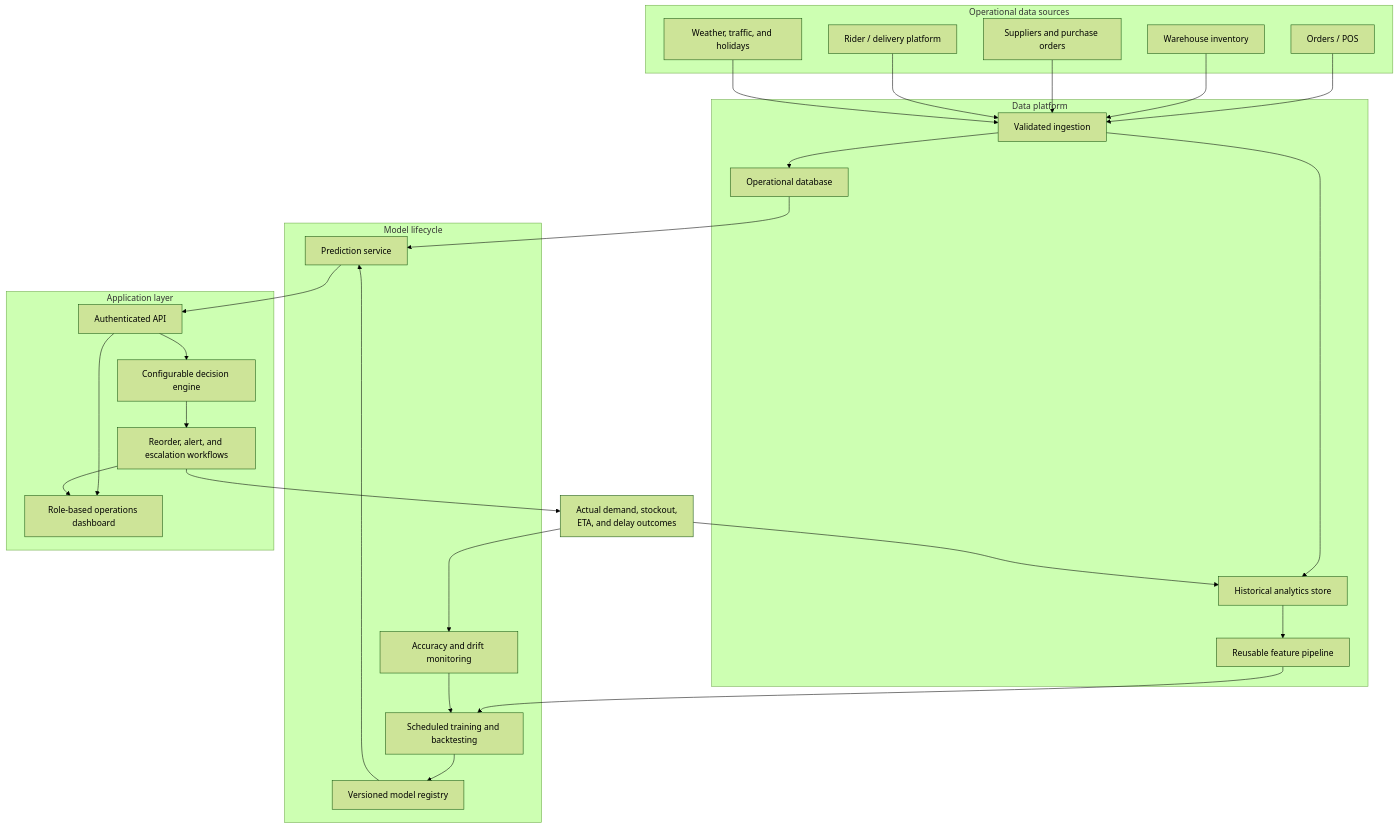
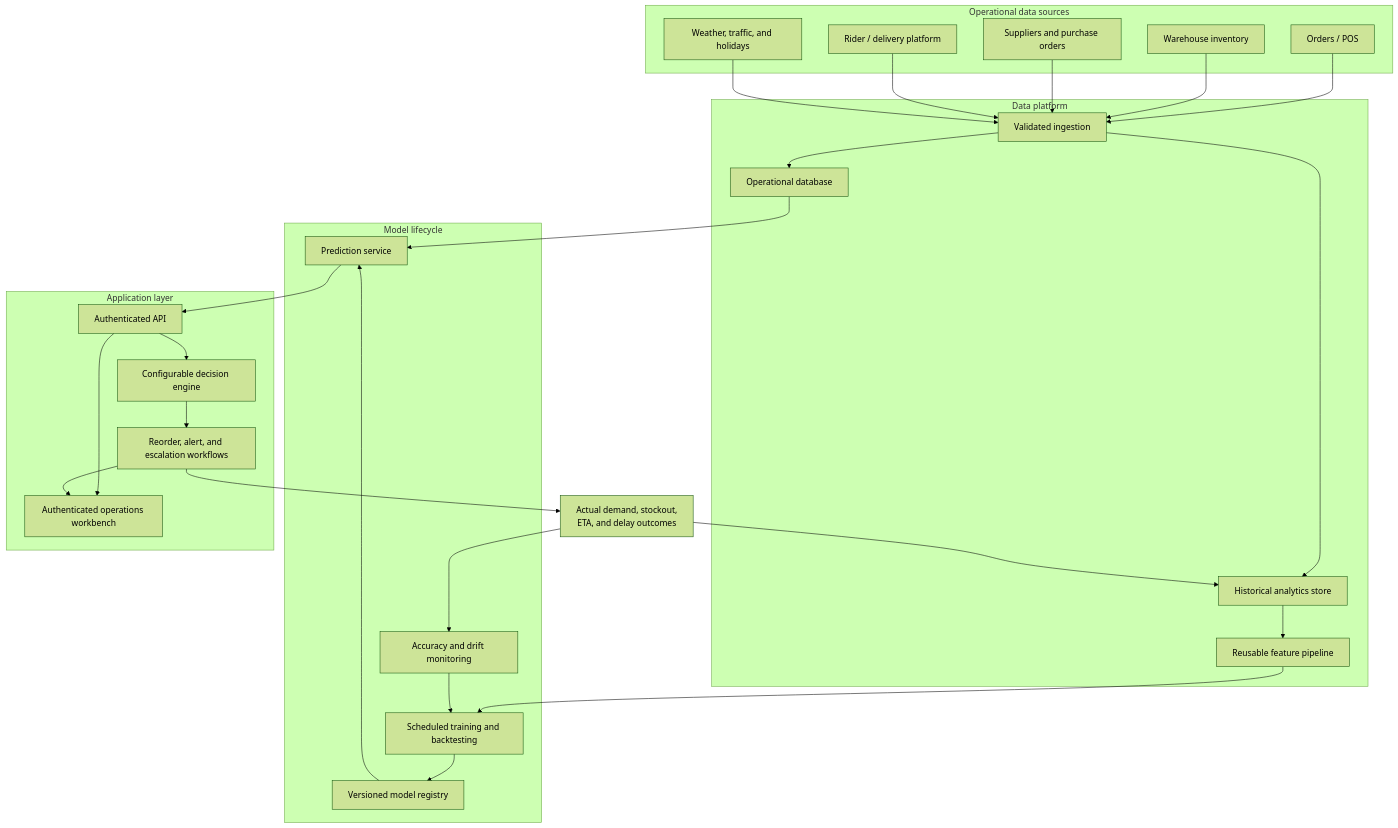
One commit to Hariharann2004/AI-based-Unified-Inventory-and-Last-Mile-Delivery-Intelligence-Platform-for-Quick-Commerce changed the second of 2 diagrams in README.md. Above: the diagram before and after it, drawn with Mermaid (forest theme). The commit also changed other lines of this file and 28 other files, not shown here.

Commit message:
feat: phase 6 operations workbench with evidence charts and review flows

````diff
--- a/README.md
+++ b/README.md
@@ -402,49 +468,49 @@
 ```mermaid
 flowchart TB
     subgraph Sources["Operational data sources"]
         POS["Orders / POS"]
         WMS["Warehouse inventory"]
         SUP["Suppliers and purchase orders"]
         RIDER["Rider / delivery platform"]
         EXT["Weather, traffic, and holidays"]
     end
 
     subgraph Data["Data platform"]
         INGEST["Validated ingestion"]
         DB["Operational database"]
         HISTORY["Historical analytics store"]
         FEATURES["Reusable feature pipeline"]
     end
 
     subgraph ML["Model lifecycle"]
         TRAIN["Scheduled training and backtesting"]
         REGISTRY["Versioned model registry"]
         SERVE["Prediction service"]
         MONITOR["Accuracy and drift monitoring"]
     end
 
     subgraph Product["Application layer"]
         API["Authenticated API"]
         DECISION["Configurable decision engine"]
         WORKFLOW["Reorder, alert, and escalation workflows"]
-        UI["Role-based operations dashboard"]
+        UI["Authenticated operations workbench"]
     end
 
     SOURCES_OUT["Actual demand, stockout,<br/>ETA, and delay outcomes"]
 
     POS --> INGEST
     WMS --> INGEST
     SUP --> INGEST
     RIDER --> INGEST
     EXT --> INGEST
     INGEST --> DB
     INGEST --> HISTORY
     HISTORY --> FEATURES --> TRAIN --> REGISTRY --> SERVE
     DB --> SERVE
     SERVE --> API --> DECISION --> WORKFLOW
     API --> UI
     WORKFLOW --> UI
     WORKFLOW --> SOURCES_OUT
     SOURCES_OUT --> HISTORY
     SOURCES_OUT --> MONITOR --> TRAIN
 ```
````
